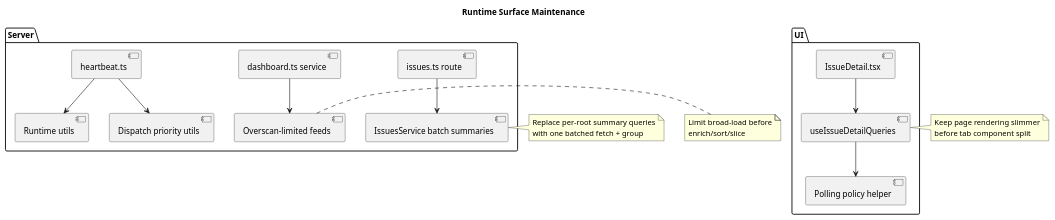
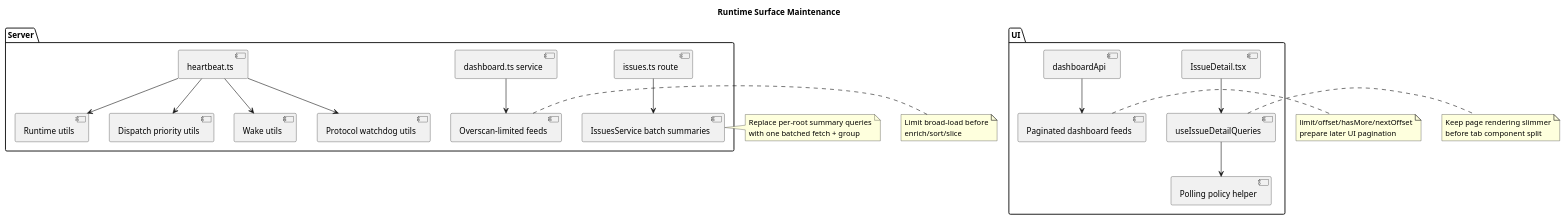
Before and after one commit to twpark-ops/squadrail: the diagram in docs/design-docs/runtime-surface-maintenance-design-2026-03-22.puml, drawn with PlantUML. The commit also changed 14 other files, not shown here.

Commit message:
fix(maintenance): split heartbeat helpers and paginate dashboard feeds

```diff
--- a/docs/design-docs/runtime-surface-maintenance-design-2026-03-22.puml
+++ b/docs/design-docs/runtime-surface-maintenance-design-2026-03-22.puml
@@ -1,31 +1,39 @@
 @startuml
 title Runtime Surface Maintenance
 
 package "Server" {
   [issues.ts route] --> [IssuesService batch summaries]
   [dashboard.ts service] --> [Overscan-limited feeds]
   [heartbeat.ts] --> [Runtime utils]
   [heartbeat.ts] --> [Dispatch priority utils]
+  [heartbeat.ts] --> [Wake utils]
+  [heartbeat.ts] --> [Protocol watchdog utils]
 }
 
 package "UI" {
   [IssueDetail.tsx] --> [useIssueDetailQueries]
   [useIssueDetailQueries] --> [Polling policy helper]
+  [dashboardApi] --> [Paginated dashboard feeds]
 }
 
 note right of [IssuesService batch summaries]
 Replace per-root summary queries
 with one batched fetch + group
 end note
 
 note right of [Overscan-limited feeds]
 Limit broad-load before
 enrich/sort/slice
 end note
 
+note right of [Paginated dashboard feeds]
+limit/offset/hasMore/nextOffset
+prepare later UI pagination
+end note
+
 note right of [useIssueDetailQueries]
 Keep page rendering slimmer
 before tab component split
 end note
 
 @enduml
```
